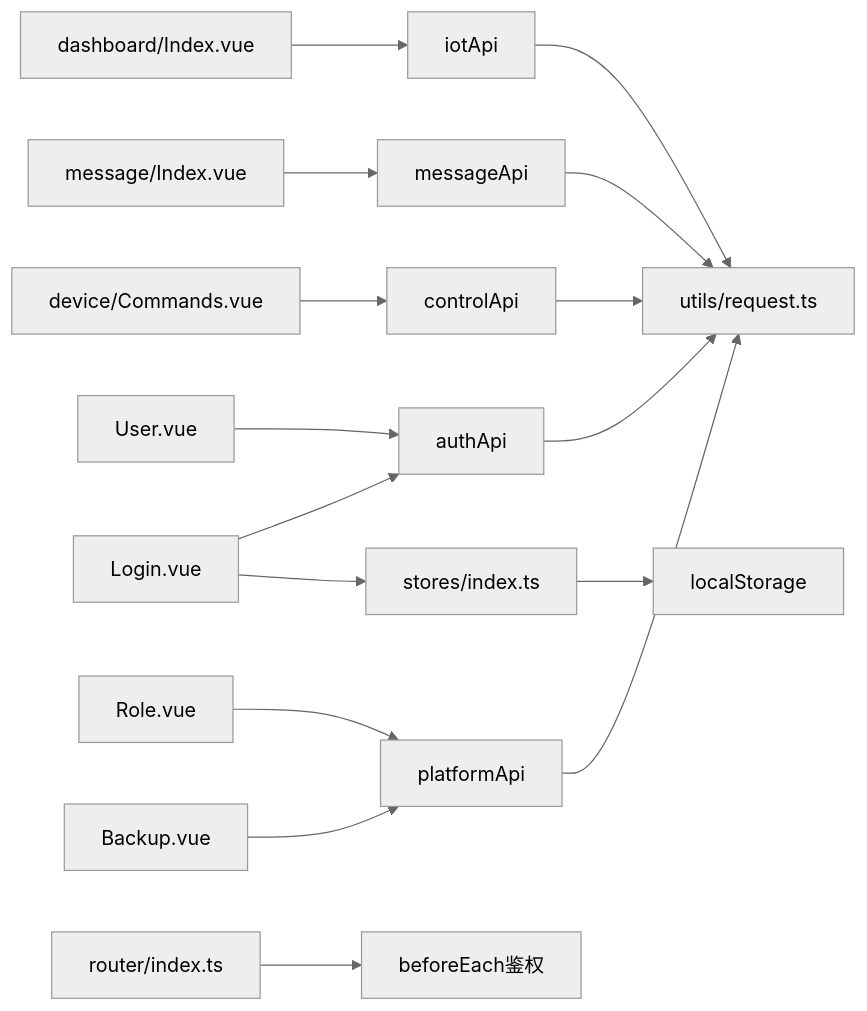
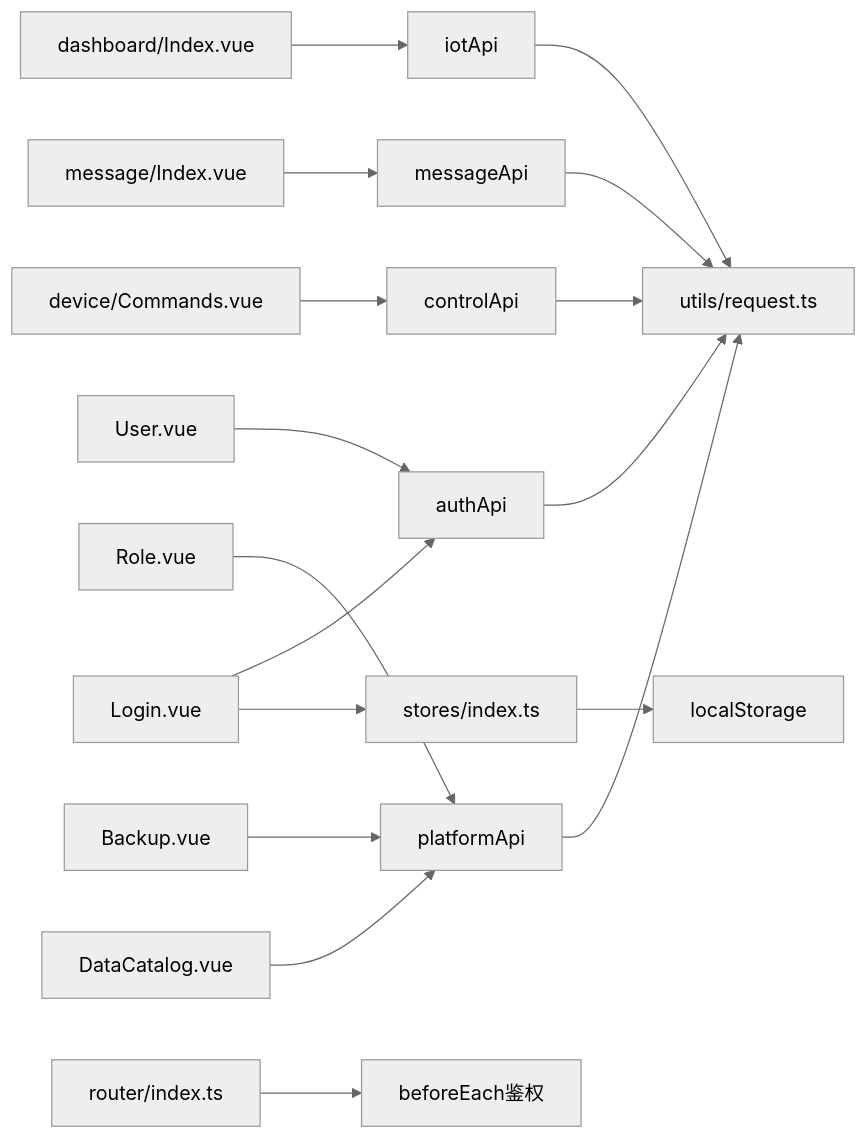
One commit to q446328246/agri-platform changed diagram 14 of 14 in .qoder/repowiki/zh/content/前端应用文档/核心页面/系统管理页面/系统管理页面.md. Above: the diagram before and after it, drawn with Mermaid (neutral theme). The commit also changed other lines of this file and 47 other files, not shown here.

````diff
--- a/.qoder/repowiki/zh/content/前端应用文档/核心页面/系统管理页面/系统管理页面.md
+++ b/.qoder/repowiki/zh/content/前端应用文档/核心页面/系统管理页面/系统管理页面.md
@@ -638,18 +733,19 @@
 ```mermaid
 graph LR
 Login["Login.vue"] --> AuthAPI["authApi"]
 User["User.vue"] --> AuthAPI
 Role["Role.vue"] --> PlatformAPI["platformApi"]
 Backup["Backup.vue"] --> PlatformAPI
+DataCatalog["DataCatalog.vue"] --> PlatformAPI
 Message["message/Index.vue"] --> MessageAPI["messageApi"]
 Commands["device/Commands.vue"] --> ControlAPI["controlApi"]
 Dashboard["dashboard/Index.vue"] --> IotAPI["iotApi"]
 IotAPI --> Request["utils/request.ts"]
 MessageAPI --> Request
 ControlAPI --> Request
 AuthAPI --> Request
 PlatformAPI --> Request
 Login --> Store["stores/index.ts"]
 Store --> LocalStorage["localStorage"]
 Router["router/index.ts"] --> Guard["beforeEach鉴权"]
 ```
````
